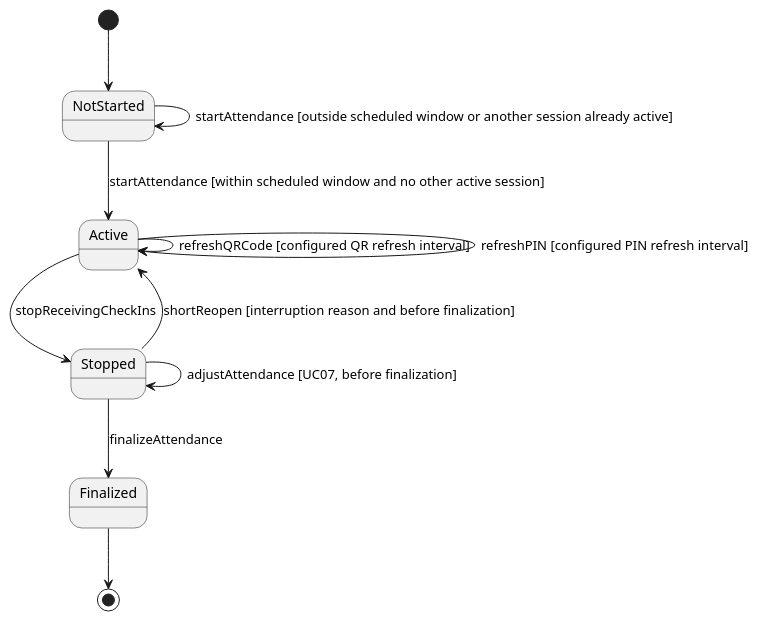
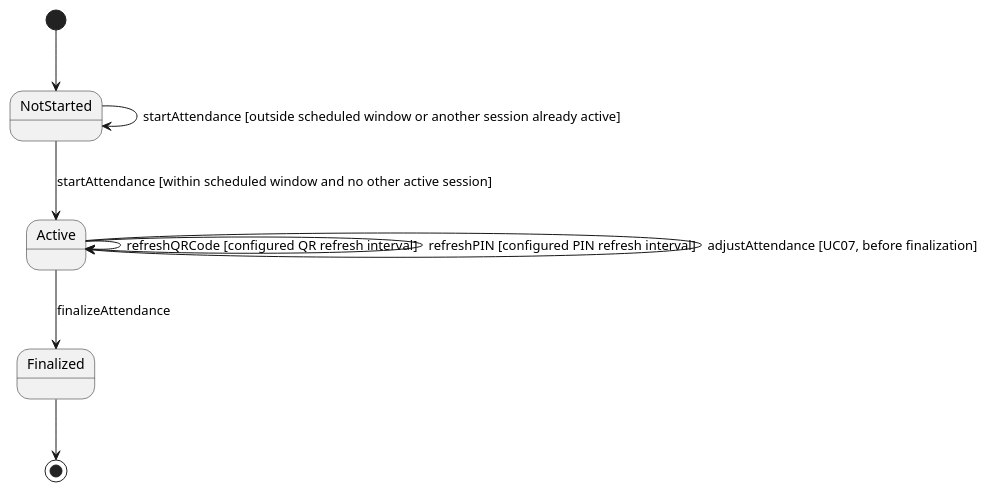
Diagram 27 of 29 in docs/rds/2_Analysis.md (nttung42/SWD392), drawn with PlantUML before and after one commit. The commit also changed other lines of this file and 1 other file, not shown here.

````diff
--- a/docs/rds/2_Analysis.md
+++ b/docs/rds/2_Analysis.md
@@ -1411,17 +1393,14 @@
 ```plantuml
 @startuml
 skinparam style strictuml
 [*] --> NotStarted
 NotStarted --> Active : startAttendance [within scheduled window and no other active session]
 NotStarted --> NotStarted : startAttendance [outside scheduled window or another session already active]
 
 Active --> Active : refreshQRCode [configured QR refresh interval]
 Active --> Active : refreshPIN [configured PIN refresh interval]
-Active --> Stopped : stopReceivingCheckIns
-
-Stopped --> Active : shortReopen [interruption reason and before finalization]
-Stopped --> Stopped : adjustAttendance [UC07, before finalization]
-Stopped --> Finalized : finalizeAttendance
+Active --> Active : adjustAttendance [UC07, before finalization]
+Active --> Finalized : finalizeAttendance
 Finalized --> [*]
 @enduml
 ```
````
